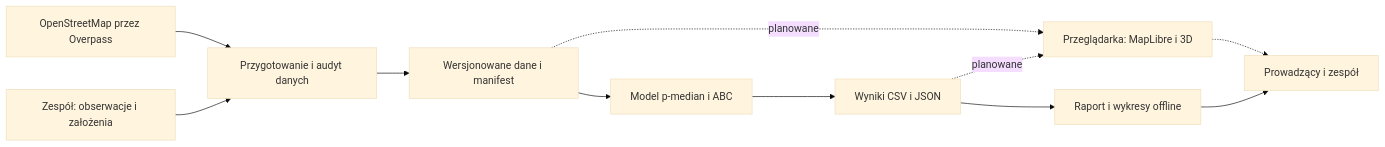
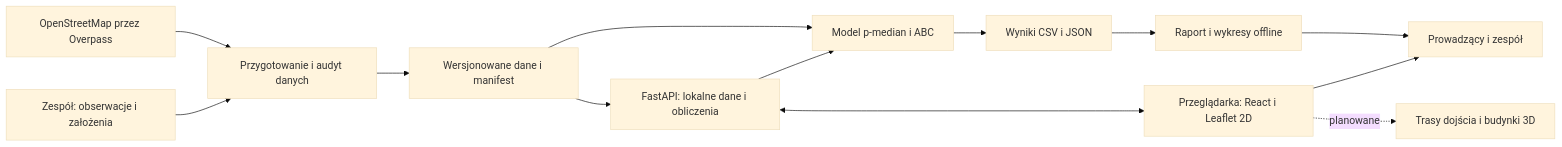
One commit to karolbystrek/algorytmy-inspirowane-natura-projekt changed the first of 3 diagrams in docs/ARCHITECTURE.md. Above: the diagram before and after it, drawn with Mermaid (base theme). The commit also changed other lines of this file and 24 other files, not shown here.

First line of the commit message:
Demo FastAPI + React i stan projektu przed prezentacją (#4)

````diff
--- a/docs/ARCHITECTURE.md
+++ b/docs/ARCHITECTURE.md
@@ -10,13 +12,15 @@
 ```mermaid
 flowchart LR
     OSM[OpenStreetMap przez Overpass] --> PREP[Przygotowanie i audyt danych]
     TEAM[Zespół: obserwacje i założenia] --> PREP
     PREP --> FILES[Wersjonowane dane i manifest]
     FILES --> MODEL[Model p-median i ABC]
     MODEL --> RESULTS[Wyniki CSV i JSON]
     RESULTS --> REPORT[Raport i wykresy offline]
-    FILES -. planowane .-> UI[Przeglądarka: MapLibre i 3D]
-    RESULTS -. planowane .-> UI
-    UI -.-> TEACHER[Prowadzący i zespół]
+    FILES --> API[FastAPI: lokalne dane i obliczenia]
+    API --> MODEL
+    API <--> UI[Przeglądarka: React i Leaflet 2D]
+    UI --> TEACHER[Prowadzący i zespół]
     REPORT --> TEACHER
+    UI -. planowane .-> FUTURE[Trasy dojścia i budynki 3D]
 ```
````
